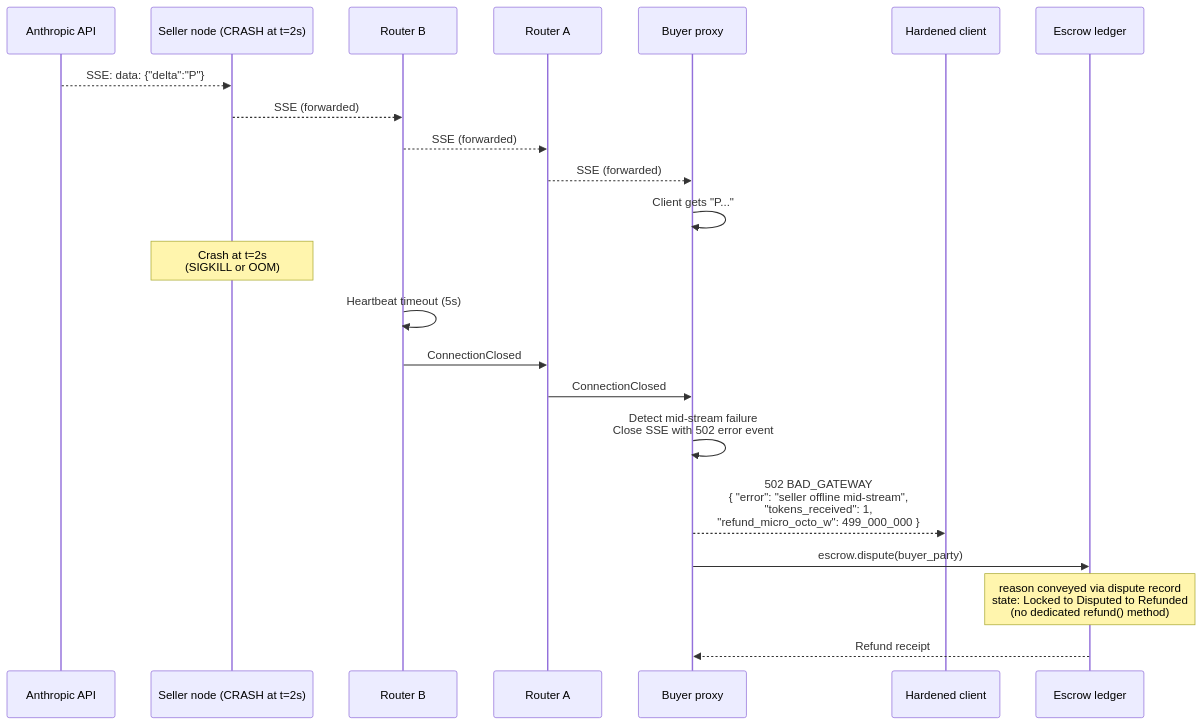
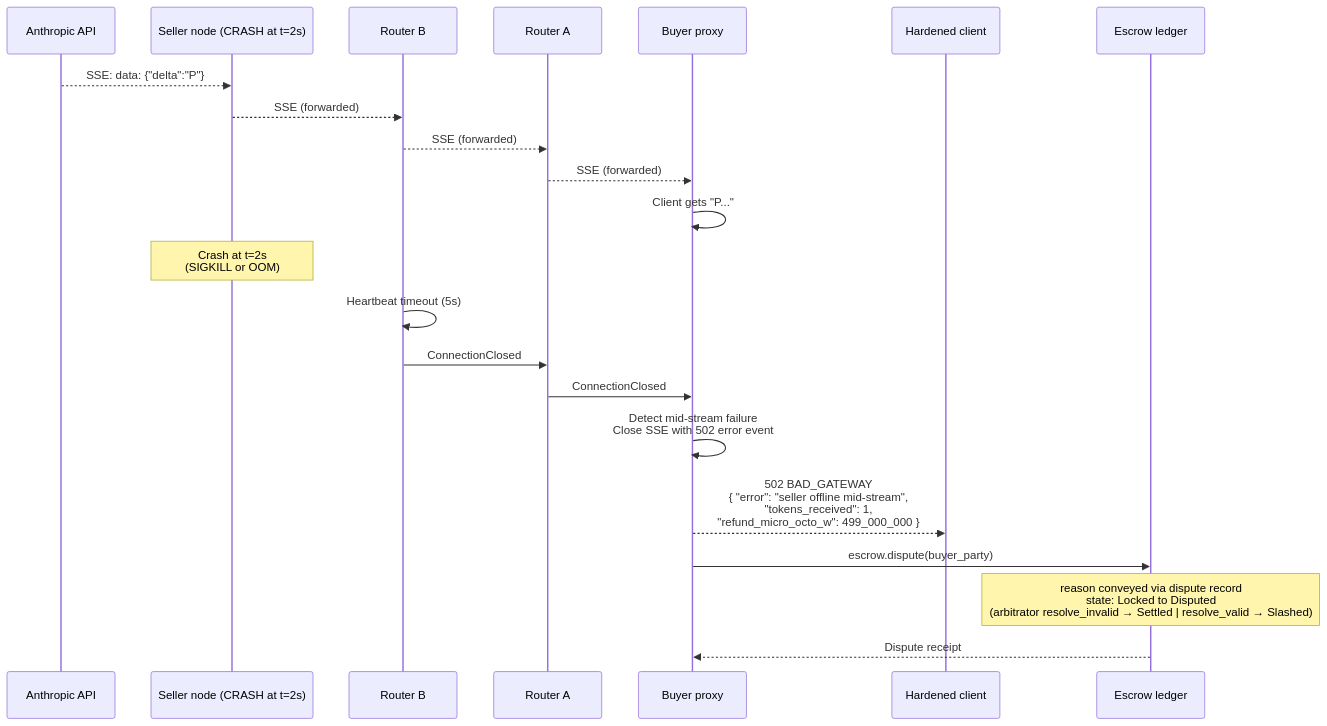
Diagram 12 of 14 in docs/architecture/end-to-end-scenarios.md (CipherOcto/cipherocto), drawn with Mermaid before and after one commit. The commit also changed other lines of this file, not shown here.

First line of the commit message:
fix(end-to-end-scenarios): round 18 technical — Refunded drift + 0957-phase2b/2c commit hashes

````diff
--- a/docs/architecture/end-to-end-scenarios.md
+++ b/docs/architecture/end-to-end-scenarios.md
@@ -682,27 +682,27 @@
 ```mermaid
 sequenceDiagram
     participant ANT as Anthropic API
     participant SN as Seller node (CRASH at t=2s)
     participant P2 as Router B
     participant P1 as Router A
     participant P0 as Buyer proxy
     participant C as Hardened client
     participant E as Escrow ledger
 
     ANT-->>SN: SSE: data: {"delta":"P"}
     SN-->>P2: SSE (forwarded)
     P2-->>P1: SSE (forwarded)
     P1-->>P0: SSE (forwarded)
     P0->>P0: Client gets "P..."
 
     Note over SN: Crash at t=2s<br/>(SIGKILL or OOM)
 
     P2->>P2: Heartbeat timeout (5s)
     P2->>P1: ConnectionClosed
     P1->>P0: ConnectionClosed
     P0->>P0: Detect mid-stream failure<br/>Close SSE with 502 error event
     P0-->>C: 502 BAD_GATEWAY<br/>{ "error": "seller offline mid-stream",<br/>  "tokens_received": 1,<br/>  "refund_micro_octo_w": 499_000_000 }
     P0->>E: escrow.dispute(buyer_party)
-    Note over E: reason conveyed via dispute record<br/>state: Locked to Disputed to Refunded<br/>(no dedicated refund() method)
-    E-->>P0: Refund receipt
+    Note over E: reason conveyed via dispute record<br/>state: Locked to Disputed<br/>(arbitrator resolve_invalid → Settled | resolve_valid → Slashed)
+    E-->>P0: Dispute receipt
 ```
````
